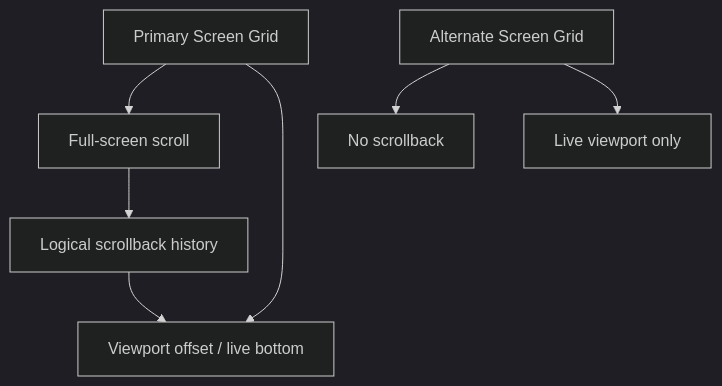
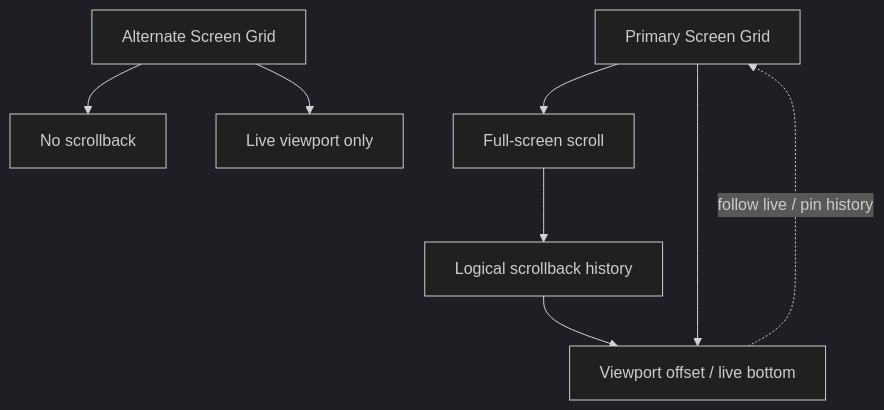
Before and after one commit to LaurenceGuws/Zide: the second of 3 diagrams in app_architecture/terminal/DESIGN.md, drawn with Mermaid (dark theme). The commit also changed other lines of this file and 2 other files, not shown here.

````diff
--- a/app_architecture/terminal/DESIGN.md
+++ b/app_architecture/terminal/DESIGN.md
@@ -136,11 +140,12 @@
 ```mermaid
 flowchart TD
     Primary[Primary Screen Grid] --> FullScroll[Full-screen scroll]
     FullScroll --> Scrollback[Logical scrollback history]
     Primary --> Viewport[Viewport offset / live bottom]
 
     Alt[Alternate Screen Grid] --> AltRule[No scrollback]
     Alt --> AltViewport[Live viewport only]
 
     Scrollback --> Viewport
+    Viewport -. follow live / pin history .-> Primary
 ```
````
